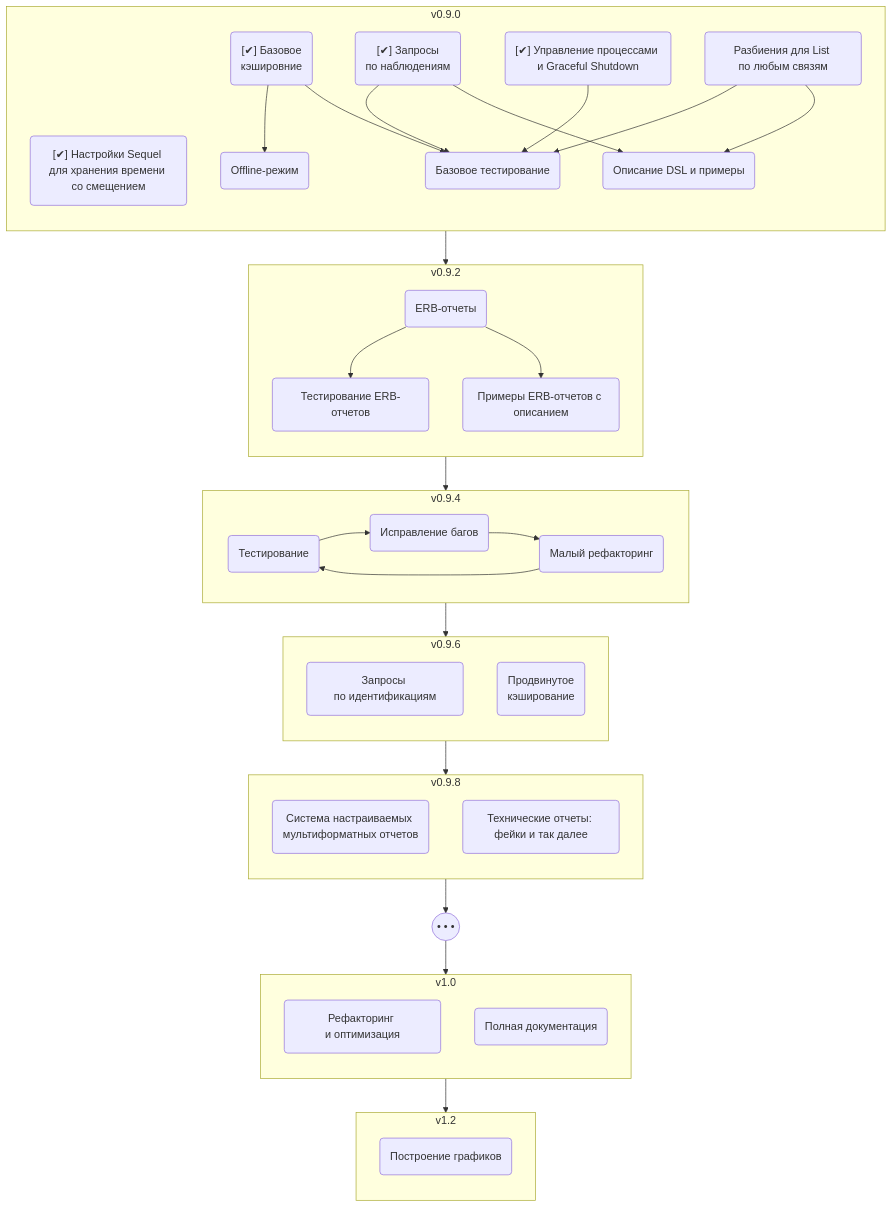
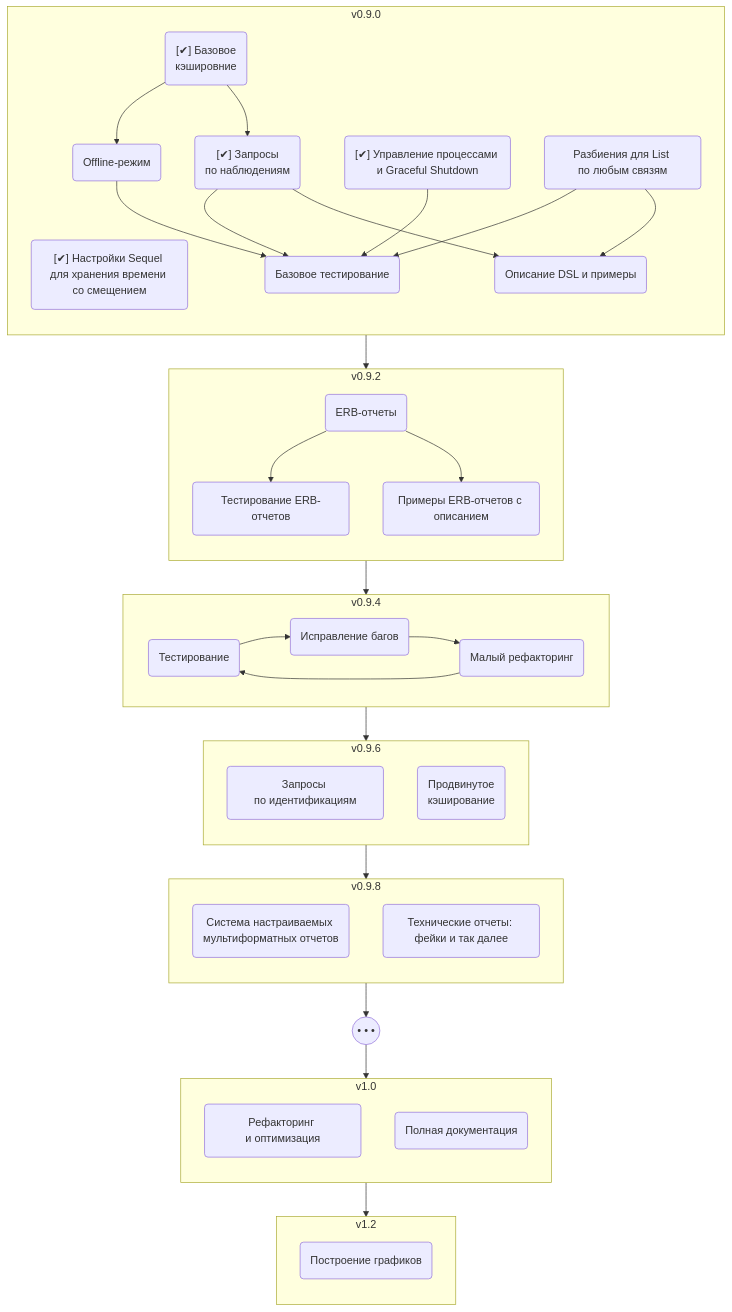
The diagram in share/inat-get/dev-docs/roadmap.md (inat-get/inat-get), drawn with Mermaid before and after one commit.

Commit message:
minor in roadmap

````diff
--- a/share/inat-get/dev-docs/roadmap.md
+++ b/share/inat-get/dev-docs/roadmap.md
@@ -2,77 +2,78 @@
 ```mermaid
 flowchart TB
 
   subgraph R090 ["v0.9.0"]
     direction TB
     Timing("[✔] Настройки Sequel для хранения времени со смещением")
     Shutdown("[✔] Управление процессами и Graceful Shutdown")
     Observs("[✔] Запросы<br>по наблюдениям")
     Caching("[✔] Базовое<br>кэшировние")
     Lists("Разбиения для List по любым связям")
     Offline("Offline-режим")
     BaseTesting("Базовое тестирование")
     BaseDoc("Описание DSL и примеры")
   end
 
   subgraph R092 ["v0.9.2"]
     direction TB
     ERB("ERB-отчеты")
     ERBTests("Тестирование ERB-отчетов")
     ERBSamples("Примеры ERB-отчетов с описанием")
   end
 
   subgraph R094 ["v0.9.4"]
     direction LR
     Testing("Тестирование")
     Debugging("Исправление багов")
     Ref1("Малый рефакторинг")
   end
 
   subgraph R096 ["v0.9.6"]
     direction TB
     Idents("Запросы по идентификациям")
     AdvCaching("Продвинутое<br>кэширование")
   end
 
   subgraph R098 ["v0.9.8"]
     direction TB
     Reporting("Система настраиваемых мультиформатных отчетов")
     TechReps("Технические отчеты: фейки и так далее")
   end
 
   Smth(("• • •"))
 
   subgraph R100 ["v1.0"]
     direction TB
     Refactoring("Рефакторинг и оптимизация")
     Documenting("Полная документация")
   end
 
   subgraph R120 ["v1.2"]
     direction TB
     Graphics("Построение графиков")
   end
 
   R090 --> R092
   R092 --> R094
   R094 --> R096
   R096 --> R098
   R098 --> Smth
   Smth --> R100
   R100 --> R120
 
   Caching --> Offline
+  Caching --> Observs
   Observs --> BaseTesting
-  Caching --> BaseTesting
+  Offline --> BaseTesting
   Shutdown --> BaseTesting
   Observs --> BaseDoc
   Lists --> BaseTesting
   Lists --> BaseDoc
 
   ERB --> ERBTests
   ERB --> ERBSamples
 
   Testing --> Debugging
   Debugging --> Ref1
   Ref1 --> Testing
 ```
````
